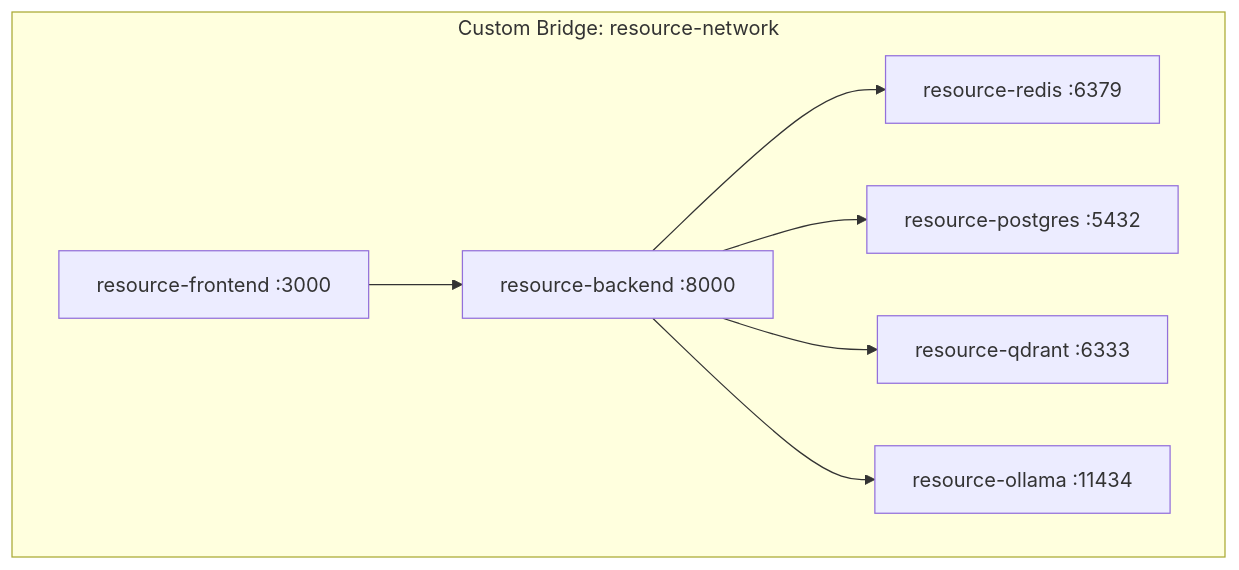
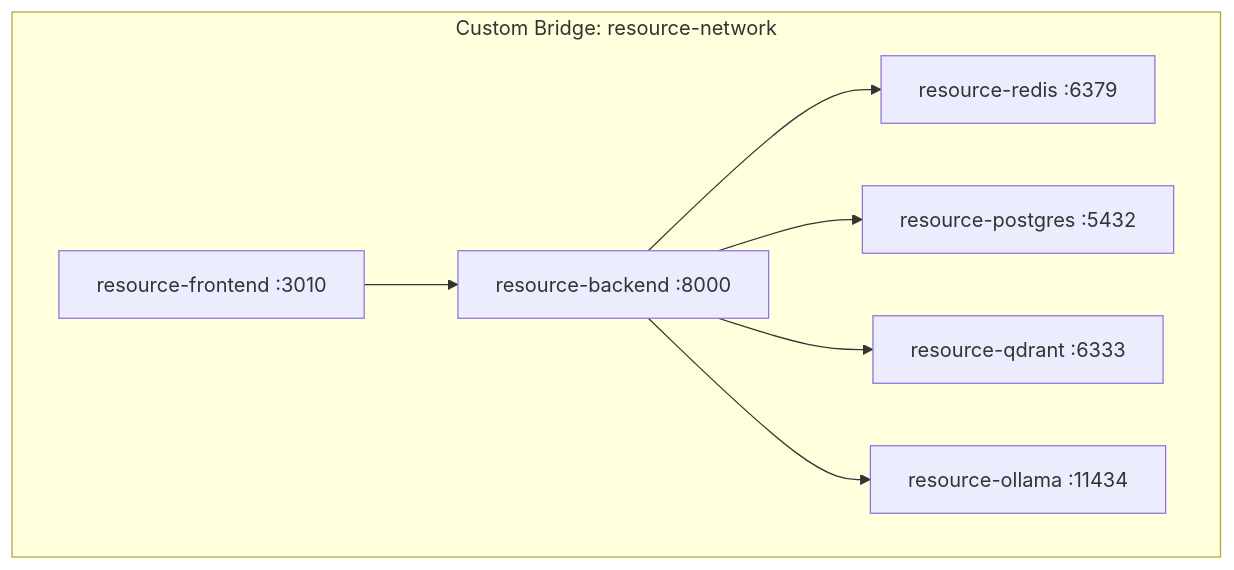
One commit to suryapratap04-jman/npc changed the seventh of 8 diagrams in docs/02_System_Architecture.md. Above: the diagram before and after it, drawn with Mermaid. The commit also changed 85 other files, not shown here.

````diff
--- a/docs/02_System_Architecture.md
+++ b/docs/02_System_Architecture.md
@@ -100,17 +100,17 @@
 ```mermaid
 graph TD
     subgraph Custom Bridge: resource-network
-        frontend[resource-frontend :3000]
+        frontend[resource-frontend :3010]
         backend[resource-backend :8000]
         redis[resource-redis :6379]
         db[resource-postgres :5432]
         qdrant[resource-qdrant :6333]
         ollama[resource-ollama :11434]
     end
     
     frontend --> backend
     backend --> redis
     backend --> db
     backend --> qdrant
     backend --> ollama
 ```
````
